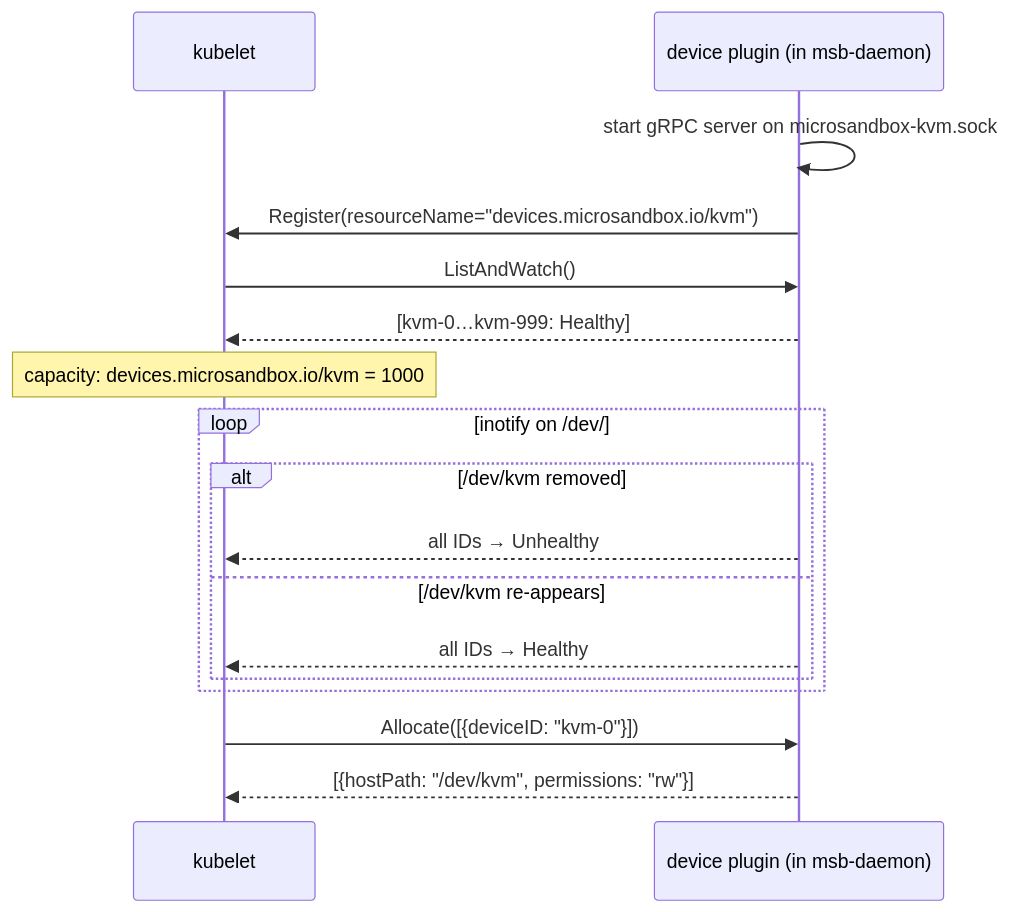
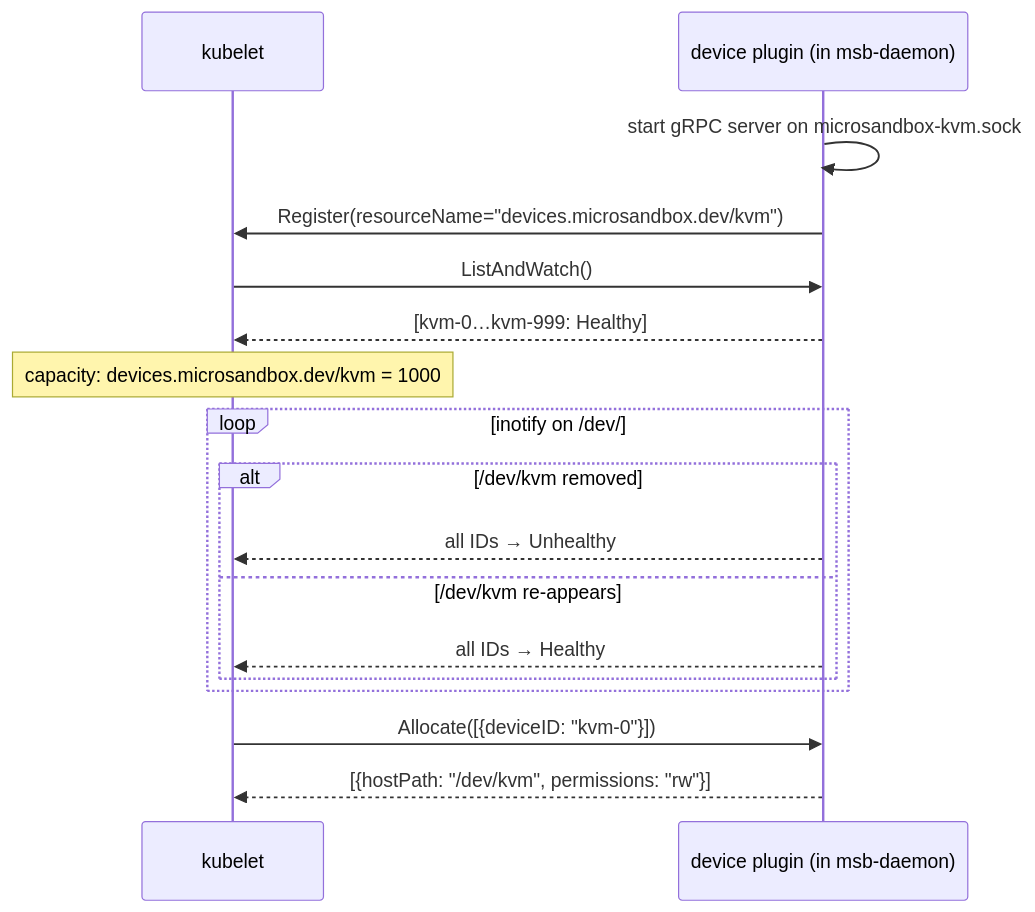
The fifth of 11 diagrams in docs/operator-design.md (TheRealSibasishBehera/msb-operator), drawn with Mermaid before and after one commit. The commit also changed other lines of this file, not shown here.

First line of the commit message:
docs: rename API domain microsandbox.io to microsandbox.dev

````diff
--- a/docs/operator-design.md
+++ b/docs/operator-design.md
@@ -299,22 +299,22 @@
 ```mermaid
 sequenceDiagram
     participant Kubelet as kubelet
     participant Plugin as device plugin (in msb-daemon)
 
     Plugin->>Plugin: start gRPC server on microsandbox-kvm.sock
-    Plugin->>Kubelet: Register(resourceName="devices.microsandbox.io/kvm")
+    Plugin->>Kubelet: Register(resourceName="devices.microsandbox.dev/kvm")
     Kubelet->>Plugin: ListAndWatch()
     Plugin-->>Kubelet: [kvm-0…kvm-999: Healthy]
-    Note over Kubelet: capacity: devices.microsandbox.io/kvm = 1000
+    Note over Kubelet: capacity: devices.microsandbox.dev/kvm = 1000
 
     loop inotify on /dev/
         alt /dev/kvm removed
             Plugin-->>Kubelet: all IDs → Unhealthy
         else /dev/kvm re-appears
             Plugin-->>Kubelet: all IDs → Healthy
         end
     end
 
     Kubelet->>Plugin: Allocate([{deviceID: "kvm-0"}])
     Plugin-->>Kubelet: [{hostPath: "/dev/kvm", permissions: "rw"}]
 ```
````
